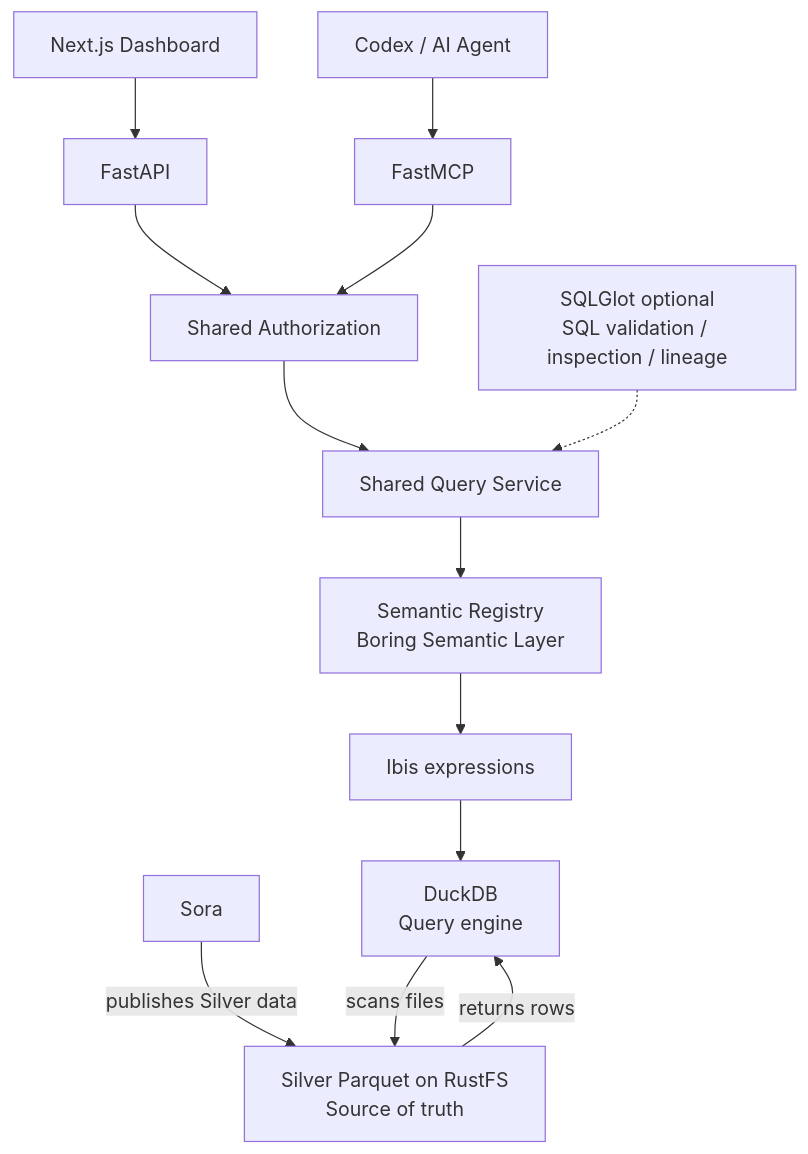
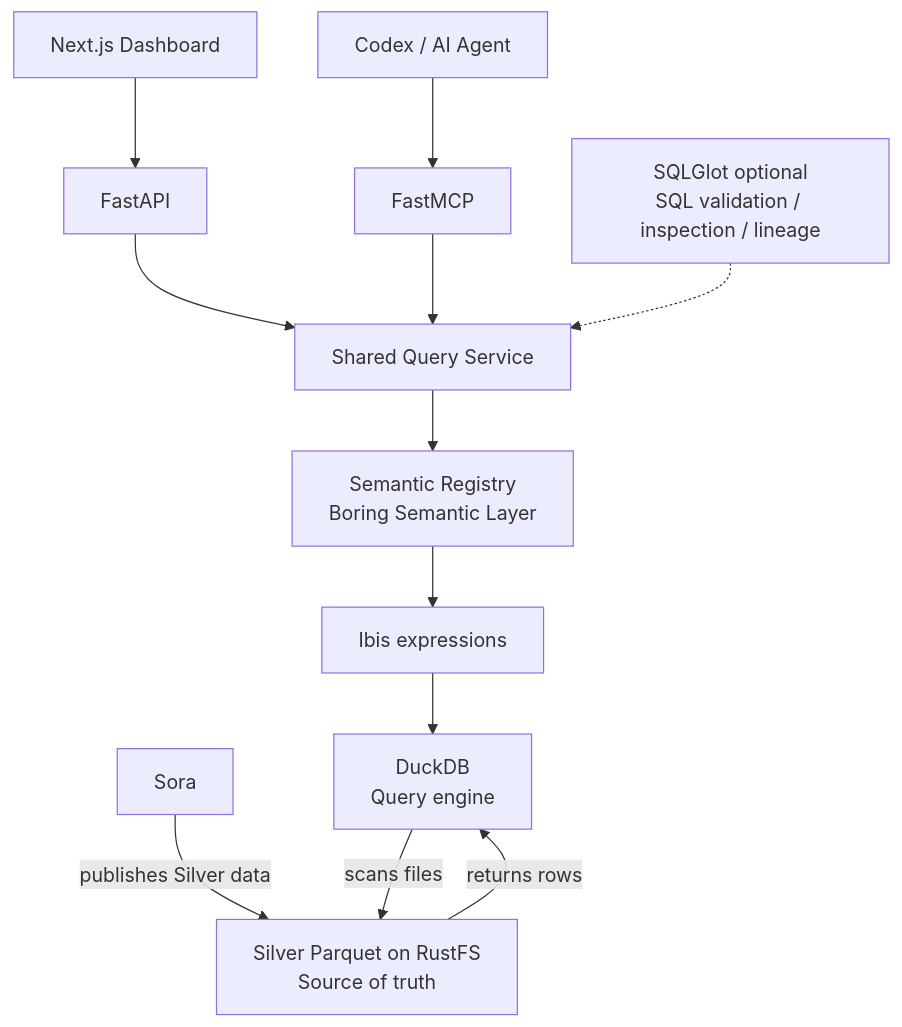
Before and after one commit to maichanchinh/Analytic-Sora-SemanticLayer: the first of 3 diagrams in docs/ARCHITECTURE.md, drawn with Mermaid. The commit also changed other lines of this file and 14 other files, not shown here.

Commit message:
Add FastMCP tools over shared services

````diff
--- a/docs/ARCHITECTURE.md
+++ b/docs/ARCHITECTURE.md
@@ -9,16 +9,15 @@
 ```mermaid
 flowchart TB
     Dashboard[Next.js Dashboard] --> API[FastAPI]
     Agent[Codex / AI Agent] --> MCP[FastMCP]
-    API --> Auth[Shared Authorization]
-    MCP --> Auth
-    Auth --> Query[Shared Query Service]
+    API --> Query[Shared Query Service]
+    MCP --> Query
     Query --> Registry[Semantic Registry\nBoring Semantic Layer]
     Registry --> Ibis[Ibis expressions]
     Ibis --> DuckDB[DuckDB\nQuery engine]
     Sora[Sora] -->|publishes Silver data| Silver[Silver Parquet on RustFS\nSource of truth]
     DuckDB -->|scans files| Silver
     Silver -->|returns rows| DuckDB
 
     SQLGlot[SQLGlot optional\nSQL validation / inspection / lineage] -.-> Query
 ```
````
